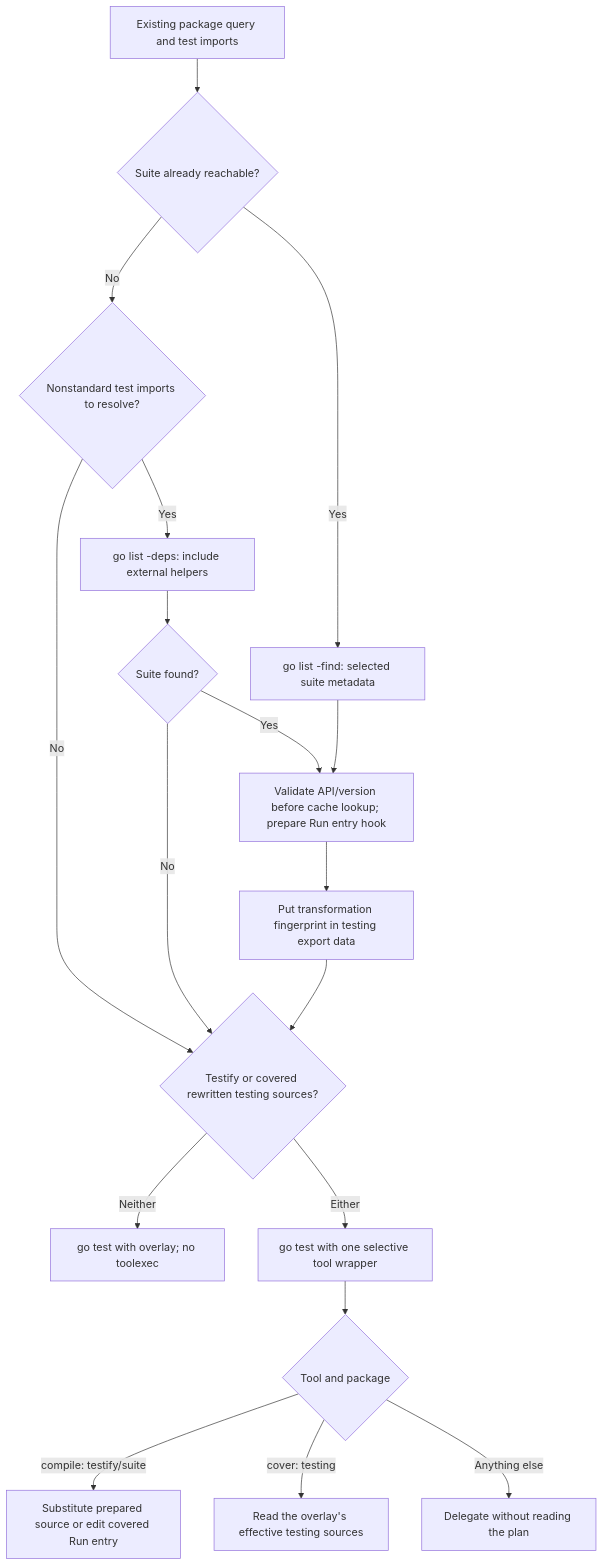
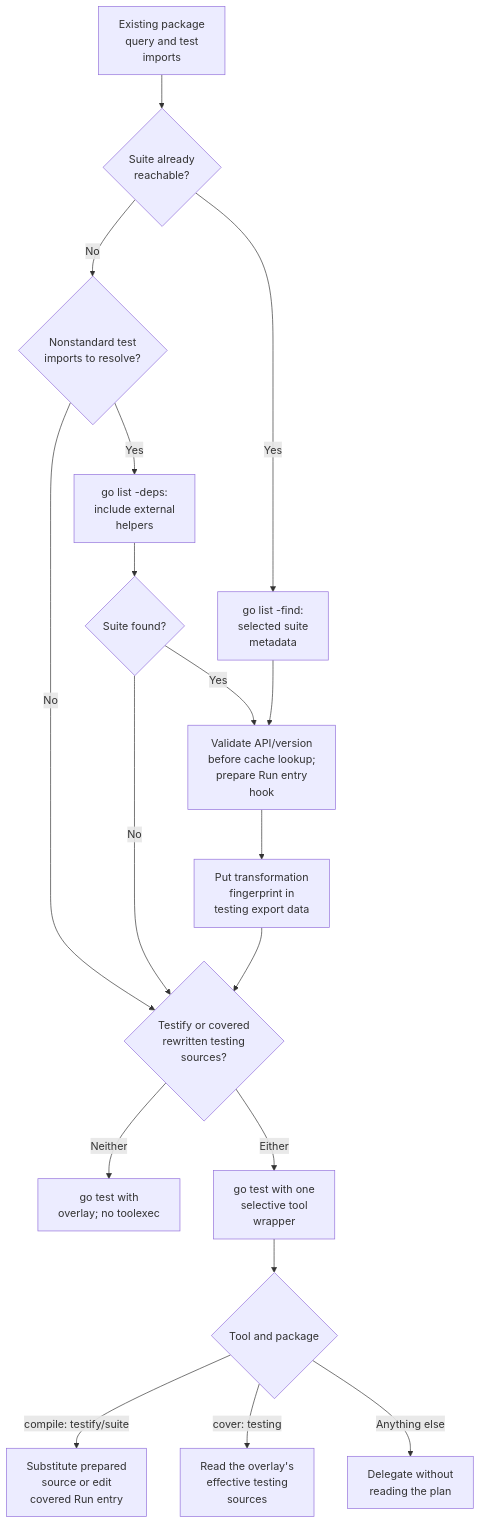
One commit to tonyredondo/dd-ci-testing-poc changed the first of 2 diagrams in docs/testify.md. Above: the diagram before and after it, drawn with Mermaid. The commit also changed 4 other files, not shown here.

Commit message:
Keep documentation diagram labels readable

````diff
--- a/docs/testify.md
+++ b/docs/testify.md
@@ -16,20 +16,20 @@
 ```mermaid
 flowchart TD
-    Resolve["Existing package query and test imports"] --> Known{"Suite already reachable?"}
-    Known -->|Yes| Find["go list -find: selected suite metadata"]
-    Known -->|No| Unknown{"Nonstandard test imports to resolve?"}
-    Unknown -->|Yes| Deps["go list -deps: include external helpers"]
+    Resolve["Existing package<br/>query and test<br/>imports"] --> Known{"Suite already<br/>reachable?"}
+    Known -->|Yes| Find["go list -find:<br/>selected suite<br/>metadata"]
+    Known -->|No| Unknown{"Nonstandard test<br/>imports to resolve?"}
+    Unknown -->|Yes| Deps["go list -deps:<br/>include external<br/>helpers"]
     Unknown -->|No| Coverage
     Deps --> Found{"Suite found?"}
     Found -->|No| Coverage
-    Found -->|Yes| Prepare["Validate API/version before cache lookup; prepare Run entry hook"]
+    Found -->|Yes| Prepare["Validate API/version<br/>before cache lookup;<br/>prepare Run entry<br/>hook"]
     Find --> Prepare
-    Prepare --> Fingerprint["Put transformation fingerprint in testing export data"]
-    Fingerprint --> Coverage{"Testify or covered rewritten testing sources?"}
-    Coverage -->|Neither| Native["go test with overlay; no toolexec"]
-    Coverage -->|Either| Tool["go test with one selective tool wrapper"]
+    Prepare --> Fingerprint["Put transformation<br/>fingerprint in<br/>testing export data"]
+    Fingerprint --> Coverage{"Testify or covered<br/>rewritten testing<br/>sources?"}
+    Coverage -->|Neither| Native["go test with<br/>overlay; no toolexec"]
+    Coverage -->|Either| Tool["go test with one<br/>selective tool<br/>wrapper"]
     Tool --> Dispatch{"Tool and package"}
-    Dispatch -->|compile: testify/suite| Entry["Substitute prepared source or edit covered Run entry"]
-    Dispatch -->|cover: testing| Bridge["Read the overlay's effective testing sources"]
-    Dispatch -->|Anything else| Bypass["Delegate without reading the plan"]
+    Dispatch -->|compile: testify/suite| Entry["Substitute prepared<br/>source or edit<br/>covered Run entry"]
+    Dispatch -->|cover: testing| Bridge["Read the overlay's<br/>effective testing<br/>sources"]
+    Dispatch -->|Anything else| Bypass["Delegate without<br/>reading the plan"]
 ```
````
